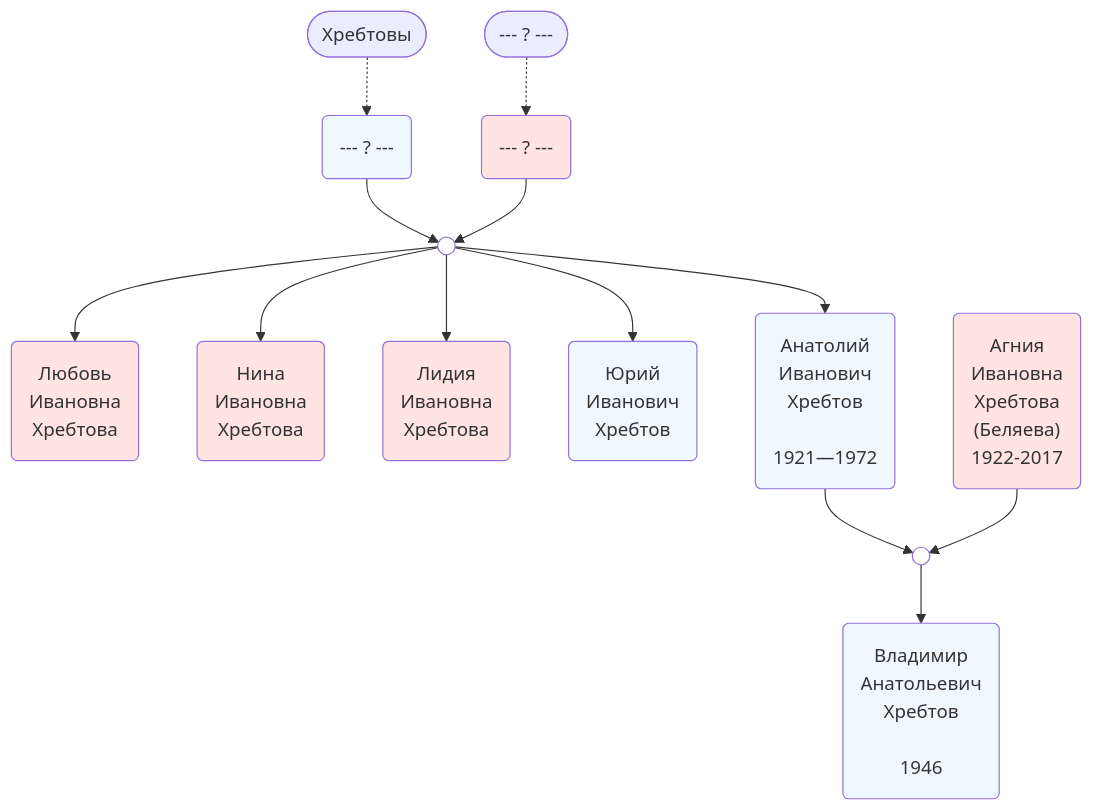
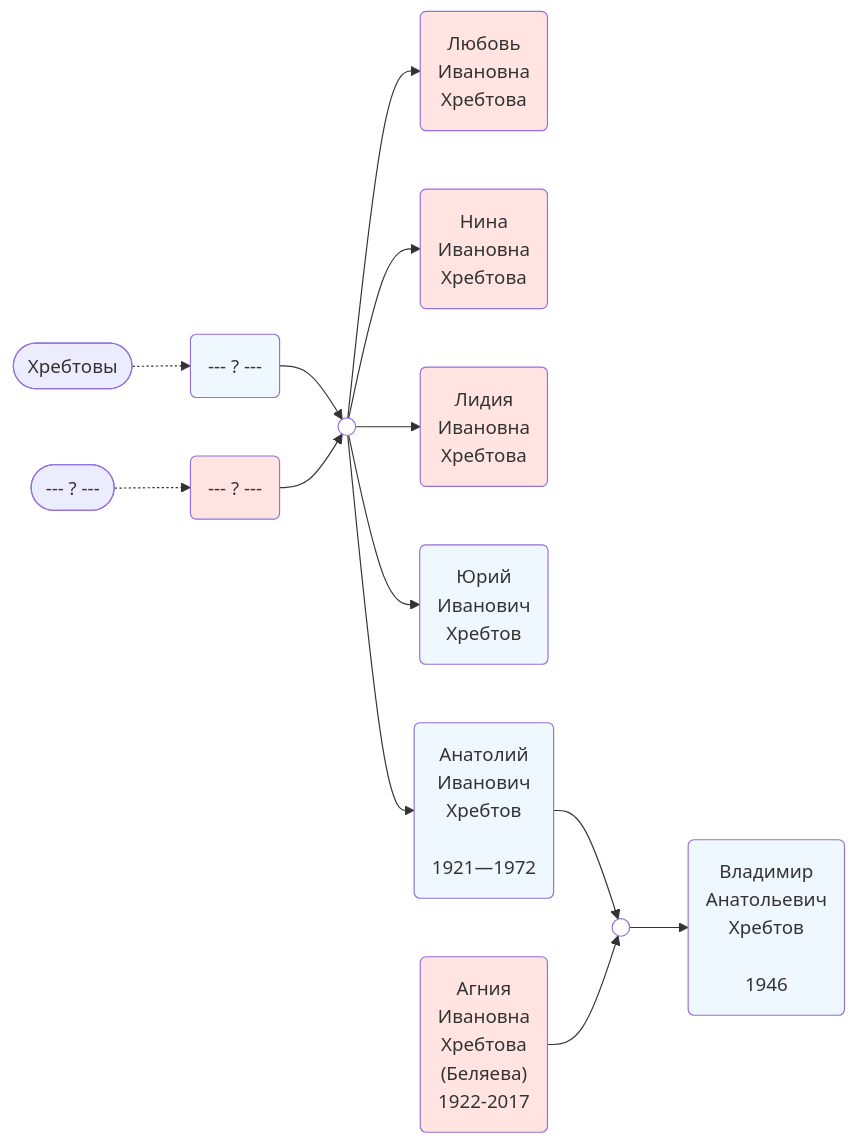
The diagram in Хребтовы/index.qmd (EryxSpp/VM), drawn with Mermaid before and after one commit. The commit also changed 14 other files, not shown here.

````diff
--- a/Хребтовы/index.qmd
+++ b/Хребтовы/index.qmd
@@ -8,39 +8,39 @@
 ```{mermaid}
-flowchart TB
+flowchart LR
     classDef F fill:MistyRose
     classDef M fill:AliceBlue
     classDef X fill:White
     
     PPA(["Хребтовы"]) -.->PA("--- ? ---"):::M -->X1(( )):::X
     PMA(["--- ? ---"])-.->MA("--- ? ---"):::F -->X1
     X1-->A1("Любовь
              Ивановна
              Хребтова"):::F
     X1-->A2("Нина
              Ивановна
              Хребтова"):::F
     X1-->A3("Лидия
              Ивановна
              Хребтова"):::F
     X1-->A4("Юрий
              Иванович
              Хребтов"):::M
     X1-->A("Анатолий
             Иванович
             Хребтов
               
             1921—1972"):::M --> X3(( )):::X
     В("Агния
        Ивановна
        Хребтова
        (Беляева)
        1922-2017"):::F --> X3
     X3 --> C
     C("Владимир
        Анатольевич
        Хребтов
          
        1946"):::M
 
     click A "/VM/Хребтовы/Анатолий_Иванович/index.html"
 ```
````
